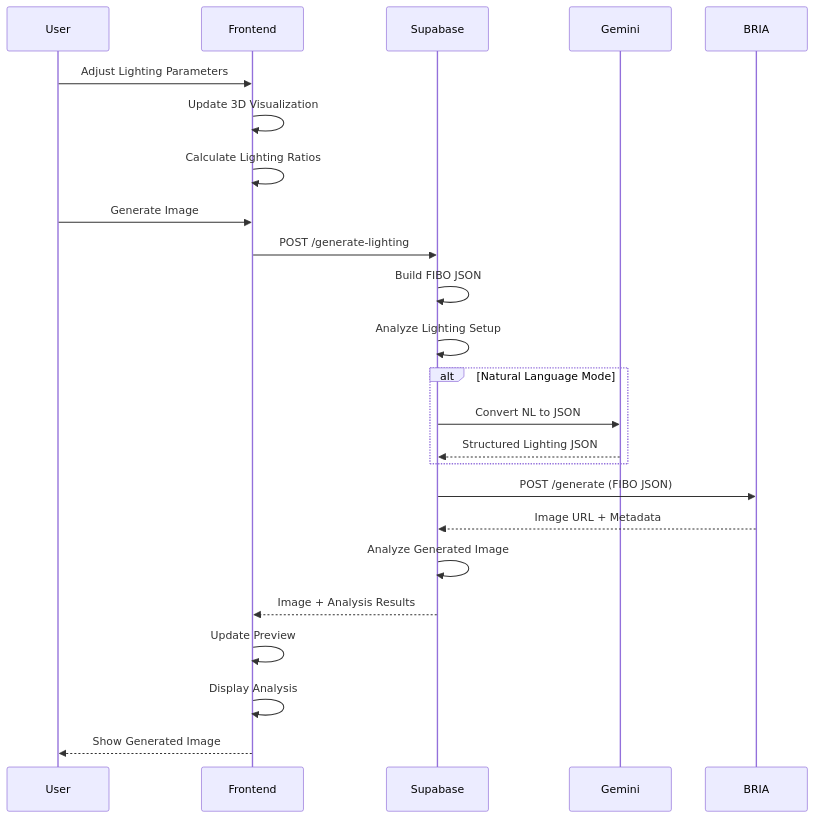
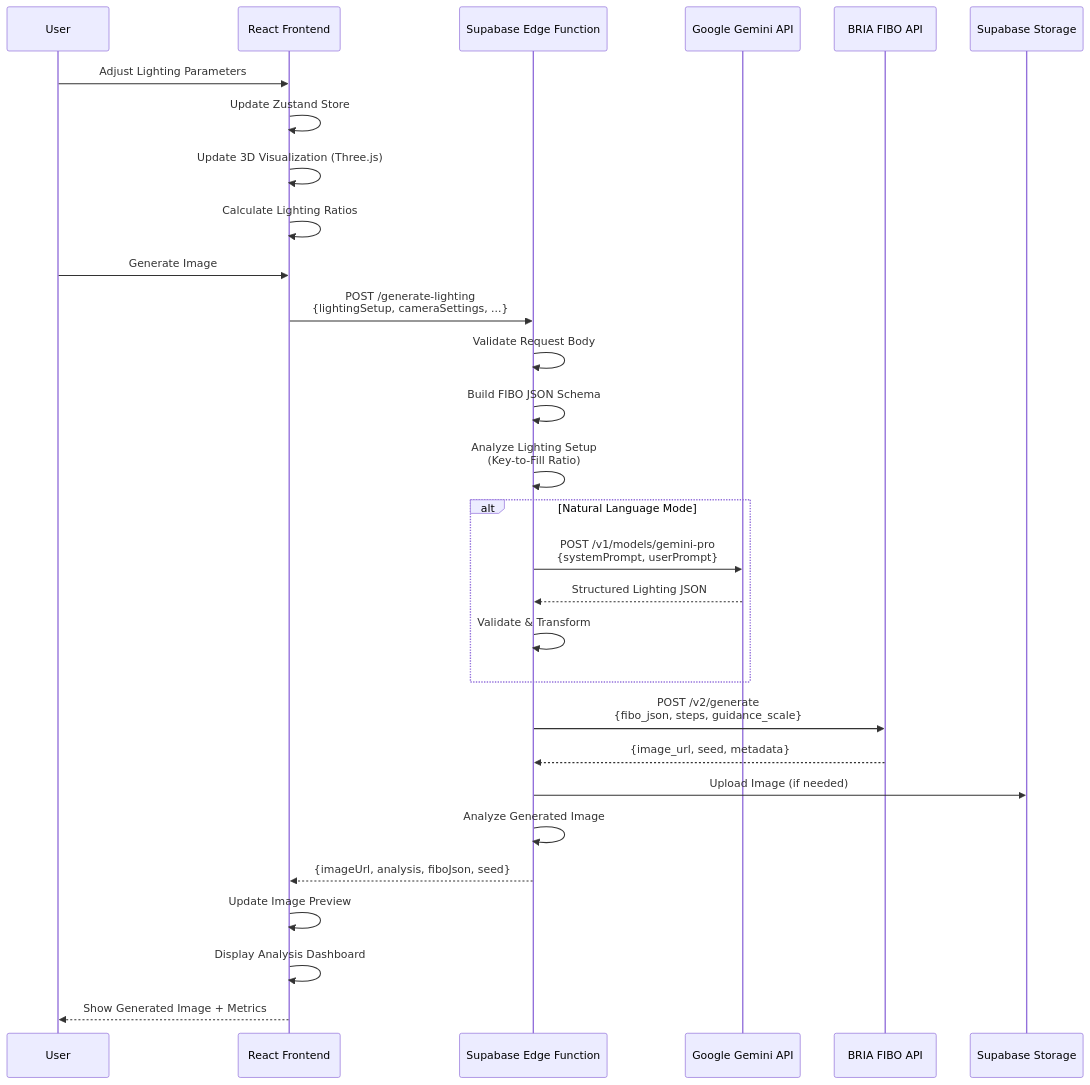
Before and after one commit to lucylow/prolight-ai-fibo: the third of 5 diagrams in README.md, drawn with Mermaid. The commit also changed other lines of this file and 41 other files, not shown here.

````diff
--- a/README.md
+++ b/README.md
@@ -116,33 +170,38 @@
 ```mermaid
 sequenceDiagram
     participant User
-    participant Frontend
-    participant Supabase
-    participant Gemini
-    participant BRIA
+    participant Frontend as React Frontend
+    participant EdgeFn as Supabase Edge Function
+    participant Gemini as Google Gemini API
+    participant BRIA as BRIA FIBO API
+    participant Storage as Supabase Storage
     
     User->>Frontend: Adjust Lighting Parameters
-    Frontend->>Frontend: Update 3D Visualization
+    Frontend->>Frontend: Update Zustand Store
+    Frontend->>Frontend: Update 3D Visualization (Three.js)
     Frontend->>Frontend: Calculate Lighting Ratios
     
     User->>Frontend: Generate Image
-    Frontend->>Supabase: POST /generate-lighting
+    Frontend->>EdgeFn: POST /generate-lighting<br/>{lightingSetup, cameraSettings, ...}
     
-    Supabase->>Supabase: Build FIBO JSON
-    Supabase->>Supabase: Analyze Lighting Setup
+    EdgeFn->>EdgeFn: Validate Request Body
+    EdgeFn->>EdgeFn: Build FIBO JSON Schema
+    EdgeFn->>EdgeFn: Analyze Lighting Setup<br/>(Key-to-Fill Ratio)
     
     alt Natural Language Mode
-        Supabase->>Gemini: Convert NL to JSON
-        Gemini-->>Supabase: Structured Lighting JSON
+        EdgeFn->>Gemini: POST /v1/models/gemini-pro<br/>{systemPrompt, userPrompt}
+        Gemini-->>EdgeFn: Structured Lighting JSON
+        EdgeFn->>EdgeFn: Validate & Transform
     end
     
-    Supabase->>BRIA: POST /generate (FIBO JSON)
-    BRIA-->>Supabase: Image URL + Metadata
+    EdgeFn->>BRIA: POST /v2/generate<br/>{fibo_json, steps, guidance_scale}
+    BRIA-->>EdgeFn: {image_url, seed, metadata}
     
-    Supabase->>Supabase: Analyze Generated Image
-    Supabase-->>Frontend: Image + Analysis Results
+    EdgeFn->>Storage: Upload Image (if needed)
+    EdgeFn->>EdgeFn: Analyze Generated Image
+    EdgeFn-->>Frontend: {imageUrl, analysis, fiboJson, seed}
     
-    Frontend->>Frontend: Update Preview
-    Frontend->>Frontend: Display Analysis
-    Frontend-->>User: Show Generated Image
+    Frontend->>Frontend: Update Image Preview
+    Frontend->>Frontend: Display Analysis Dashboard
+    Frontend-->>User: Show Generated Image + Metrics
 ```
````
